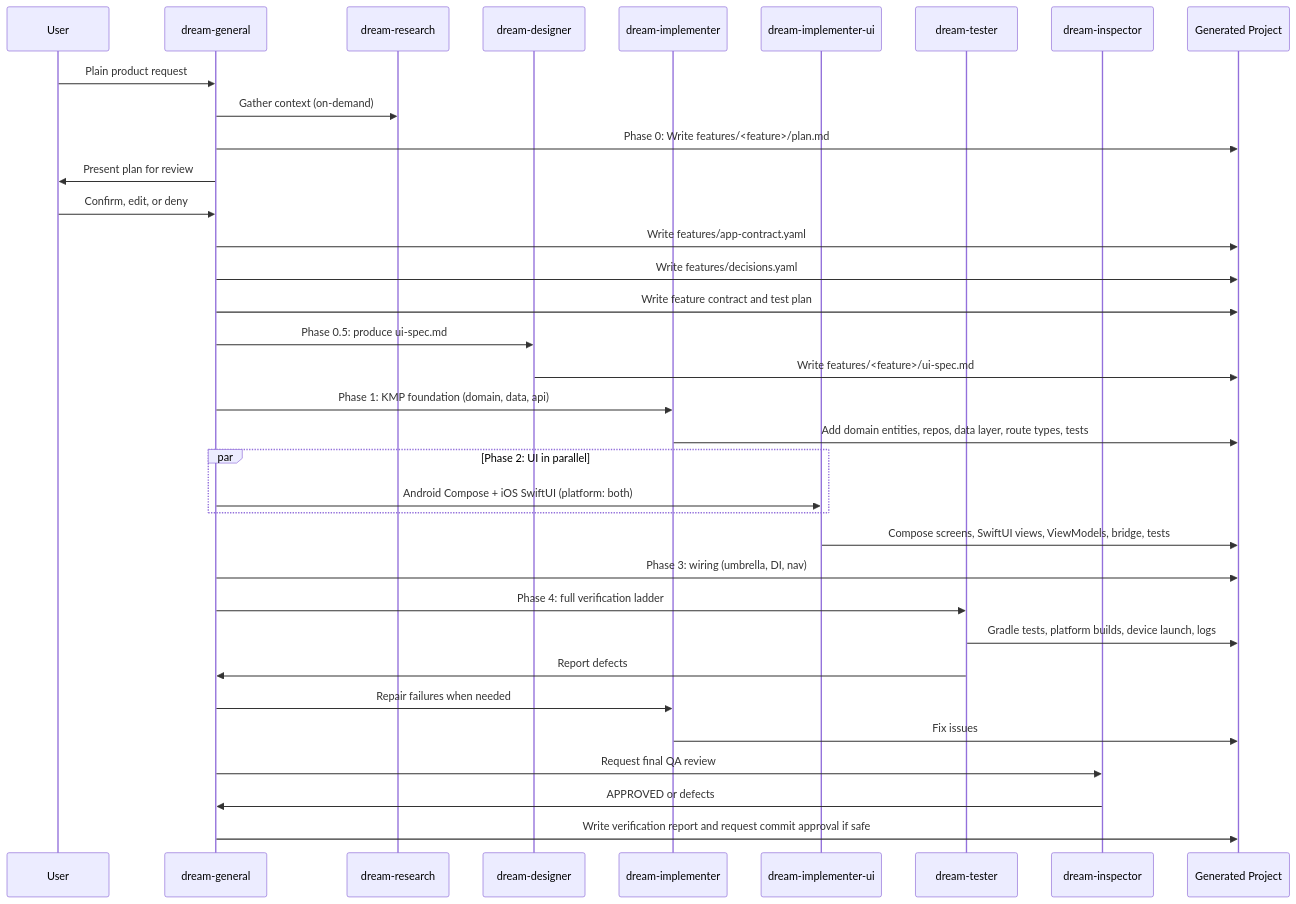
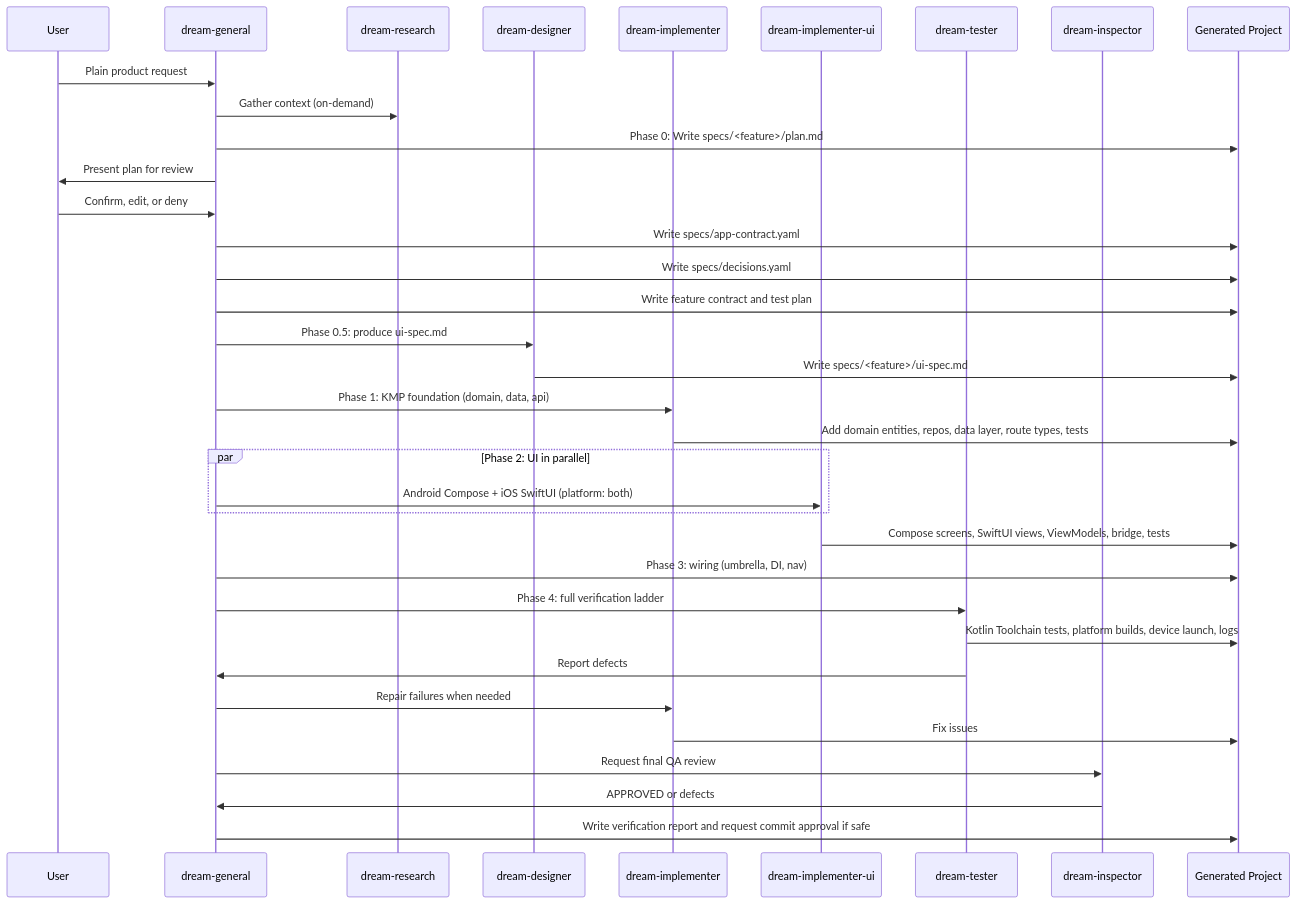
The third of 8 diagrams in ONBOARDING.md (Helmy2/Dream), drawn with Mermaid before and after one commit. The commit also changed other lines of this file and 305 other files, not shown here.

First line of the commit message:
feat: migrate starter from Gradle to the Kotlin Toolchain

````diff
--- a/ONBOARDING.md
+++ b/ONBOARDING.md
@@ -68,38 +70,38 @@
 ```mermaid
 sequenceDiagram
     participant User
     participant General as dream-general
     participant Research as dream-research
     participant Designer as dream-designer
     participant Impl as dream-implementer
     participant ImplUI as dream-implementer-ui
     participant Tester as dream-tester
     participant Inspector as dream-inspector
     participant Project as Generated Project
 
     User->>General: Plain product request
     General->>Research: Gather context (on-demand)
-    General->>Project: Phase 0: Write features/<feature>/plan.md
+    General->>Project: Phase 0: Write specs/<feature>/plan.md
     General->>User: Present plan for review
     User->>General: Confirm, edit, or deny
-    General->>Project: Write features/app-contract.yaml
-    General->>Project: Write features/decisions.yaml
+    General->>Project: Write specs/app-contract.yaml
+    General->>Project: Write specs/decisions.yaml
     General->>Project: Write feature contract and test plan
     General->>Designer: Phase 0.5: produce ui-spec.md
-    Designer->>Project: Write features/<feature>/ui-spec.md
+    Designer->>Project: Write specs/<feature>/ui-spec.md
     General->>Impl: Phase 1: KMP foundation (domain, data, api)
     Impl->>Project: Add domain entities, repos, data layer, route types, tests
     par Phase 2: UI in parallel
         General->>ImplUI: Android Compose + iOS SwiftUI (platform: both)
     end
     ImplUI->>Project: Compose screens, SwiftUI views, ViewModels, bridge, tests
     General->>Project: Phase 3: wiring (umbrella, DI, nav)
     General->>Tester: Phase 4: full verification ladder
-    Tester->>Project: Gradle tests, platform builds, device launch, logs
+    Tester->>Project: Kotlin Toolchain tests, platform builds, device launch, logs
     Tester->>General: Report defects
     General->>Impl: Repair failures when needed
     Impl->>Project: Fix issues
     General->>Inspector: Request final QA review
     Inspector->>General: APPROVED or defects
     General->>Project: Write verification report and request commit approval if safe
 ```
````
